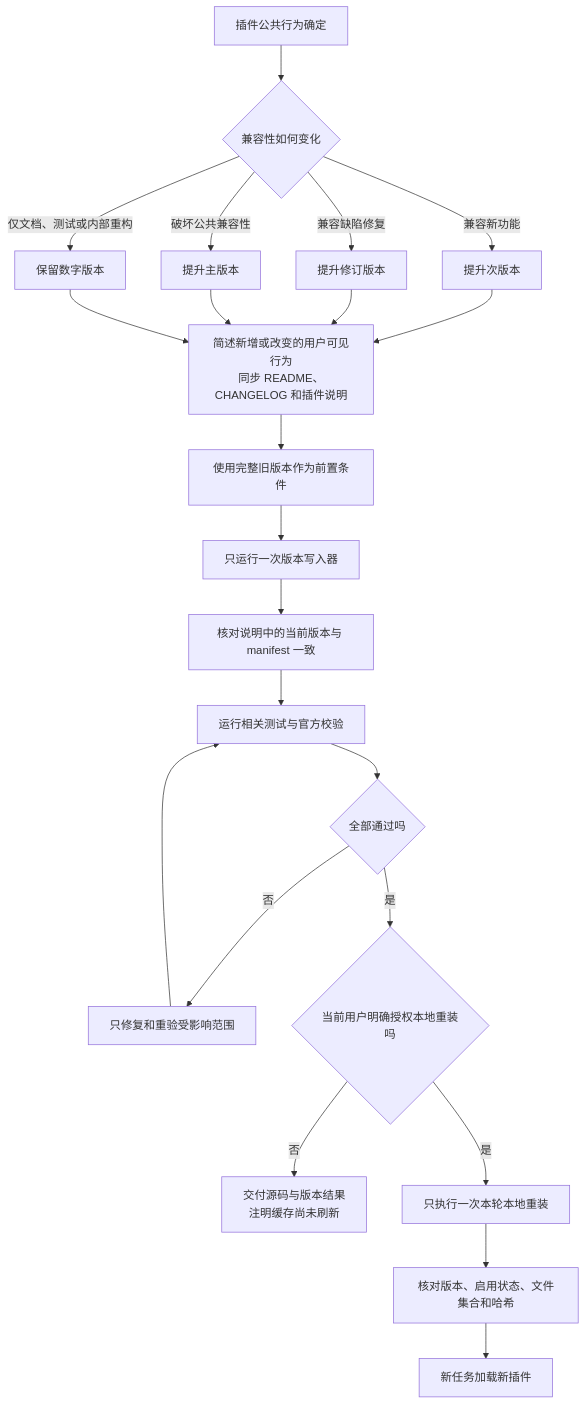
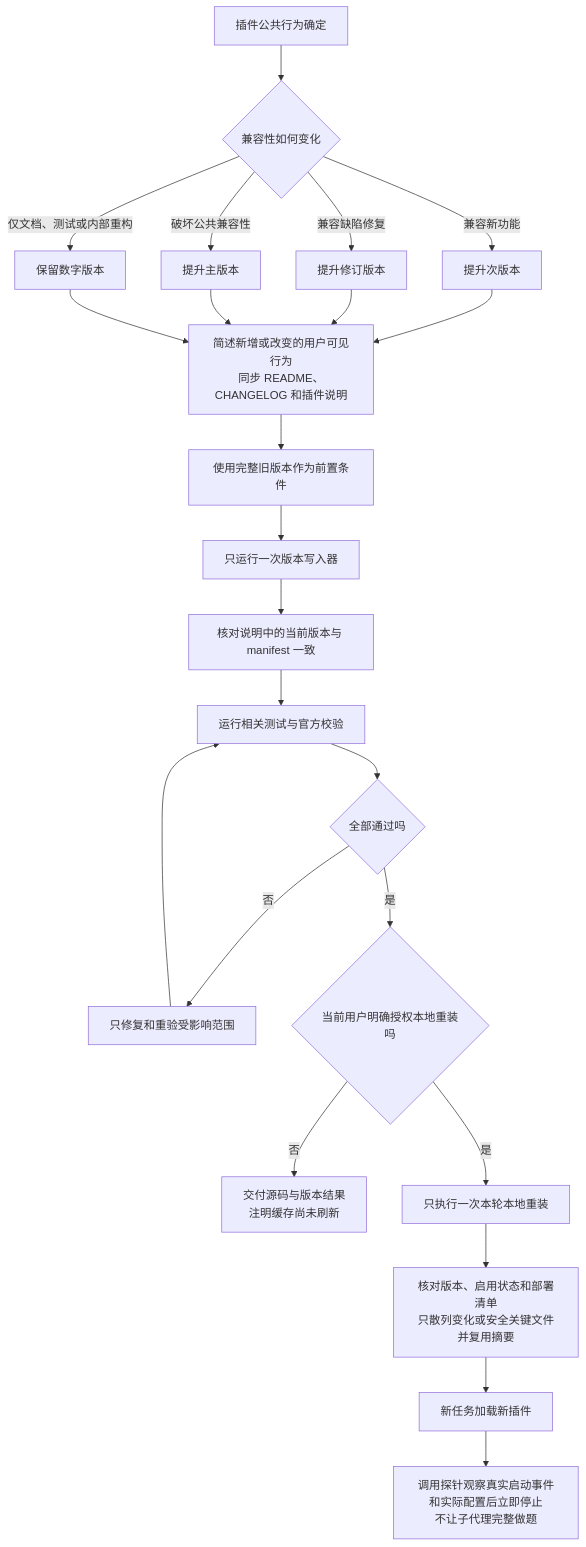
Before and after one commit to Lang45/codex-lean-stack: diagram 13 of 13 in skills/lean-stack/references/flowcharts-zh.md, drawn with Mermaid. The commit also changed other lines of this file and 13 other files, not shown here.

````diff
--- a/skills/lean-stack/references/flowcharts-zh.md
+++ b/skills/lean-stack/references/flowcharts-zh.md
@@ -678,24 +704,25 @@
 ```mermaid
 flowchart TD
     A[插件公共行为确定] --> B{兼容性如何变化}
     B -->|兼容新功能| C[提升次版本]
     B -->|兼容缺陷修复| D[提升修订版本]
     B -->|破坏公共兼容性| E[提升主版本]
     B -->|仅文档、测试或内部重构| F[保留数字版本]
     C --> G0[简述新增或改变的用户可见行为<br/>同步 README、CHANGELOG 和插件说明]
     D --> G0
     E --> G0
     F --> G0
     G0 --> G[使用完整旧版本作为前置条件]
     G --> H[只运行一次版本写入器]
     H --> H1[核对说明中的当前版本与 manifest 一致]
     H1 --> I[运行相关测试与官方校验]
     I --> J{全部通过吗}
     J -->|否| K[只修复和重验受影响范围]
     K --> I
     J -->|是| L0{当前用户明确授权本地重装吗}
     L0 -->|否| L1[交付源码与版本结果<br/>注明缓存尚未刷新]
     L0 -->|是| L[只执行一次本轮本地重装]
-    L --> M[核对版本、启用状态、文件集合和哈希]
+    L --> M[核对版本、启用状态和部署清单<br/>只散列变化或安全关键文件并复用摘要]
     M --> N[新任务加载新插件]
+    N --> O[调用探针观察真实启动事件和实际配置后立即停止<br/>不让子代理完整做题]
 ```
````
